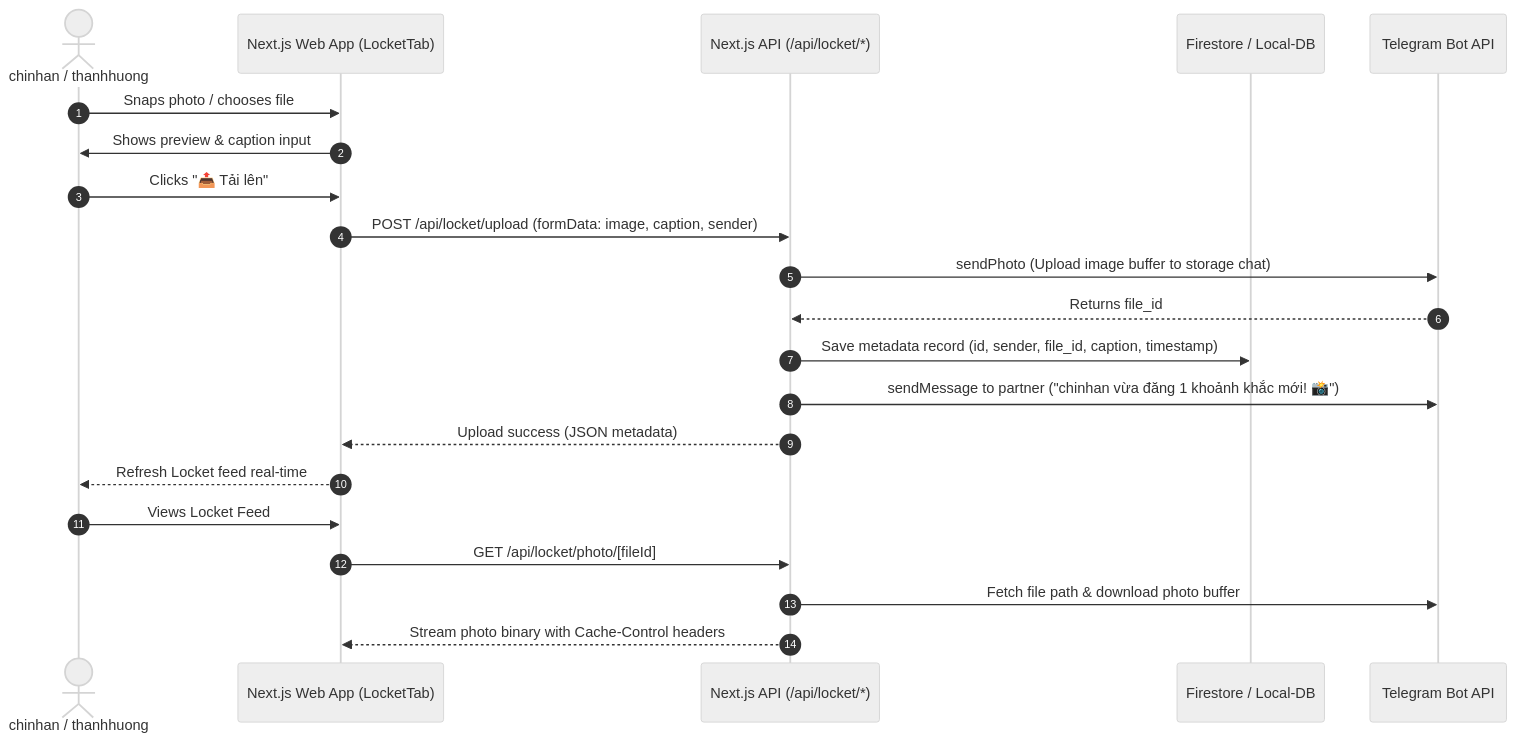
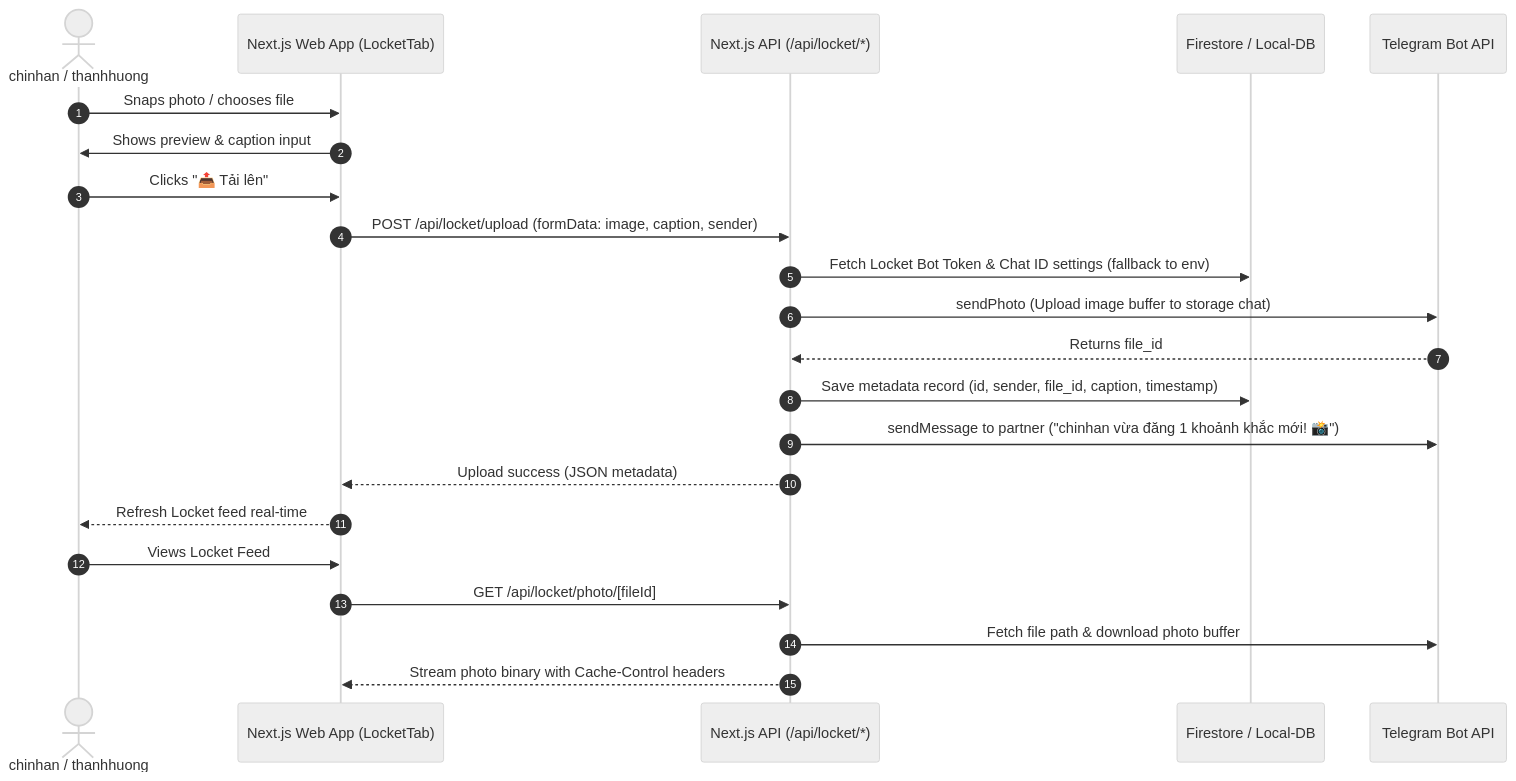
Before and after one commit to chinhanxt/Quanly_LichlamTh: the diagram in docs/superpowers/specs/2026-08-03-locket-feature-design.md, drawn with Mermaid (neutral theme). The commit also changed other lines of this file and 1 other file, not shown here.

Commit message:
docs: update spec and plan with Locket storage bot settings modal

````diff
--- a/docs/superpowers/specs/2026-08-03-locket-feature-design.md
+++ b/docs/superpowers/specs/2026-08-03-locket-feature-design.md
@@ -26,25 +26,26 @@
 ```mermaid
 sequenceDiagram
     autonumber
     actor User as chinhan / thanhhuong
     participant Web as Next.js Web App (LocketTab)
     participant API as Next.js API (/api/locket/*)
     participant DB as Firestore / Local-DB
     participant Tele as Telegram Bot API
 
     User->>Web: Snaps photo / chooses file
     Web->>User: Shows preview & caption input
     User->>Web: Clicks "📤 Tải lên"
     Web->>API: POST /api/locket/upload (formData: image, caption, sender)
+    API->>DB: Fetch Locket Bot Token & Chat ID settings (fallback to env)
     API->>Tele: sendPhoto (Upload image buffer to storage chat)
     Tele-->>API: Returns file_id
     API->>DB: Save metadata record (id, sender, file_id, caption, timestamp)
     API->>Tele: sendMessage to partner ("chinhan vừa đăng 1 khoảnh khắc mới! 📸")
     API-->>Web: Upload success (JSON metadata)
     Web-->>User: Refresh Locket feed real-time
 
     User->>Web: Views Locket Feed
     Web->>API: GET /api/locket/photo/[fileId]
     API->>Tele: Fetch file path & download photo buffer
     API-->>Web: Stream photo binary with Cache-Control headers
 ```
````
